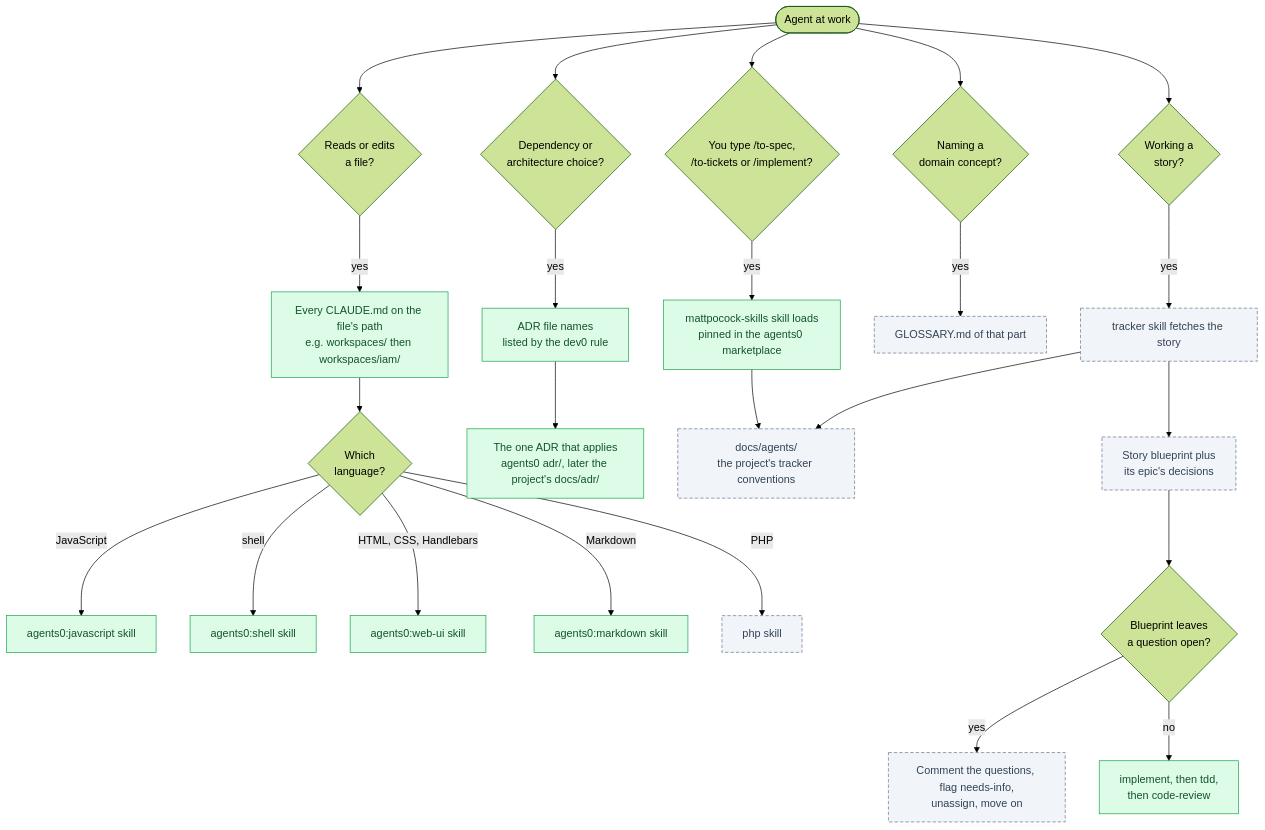
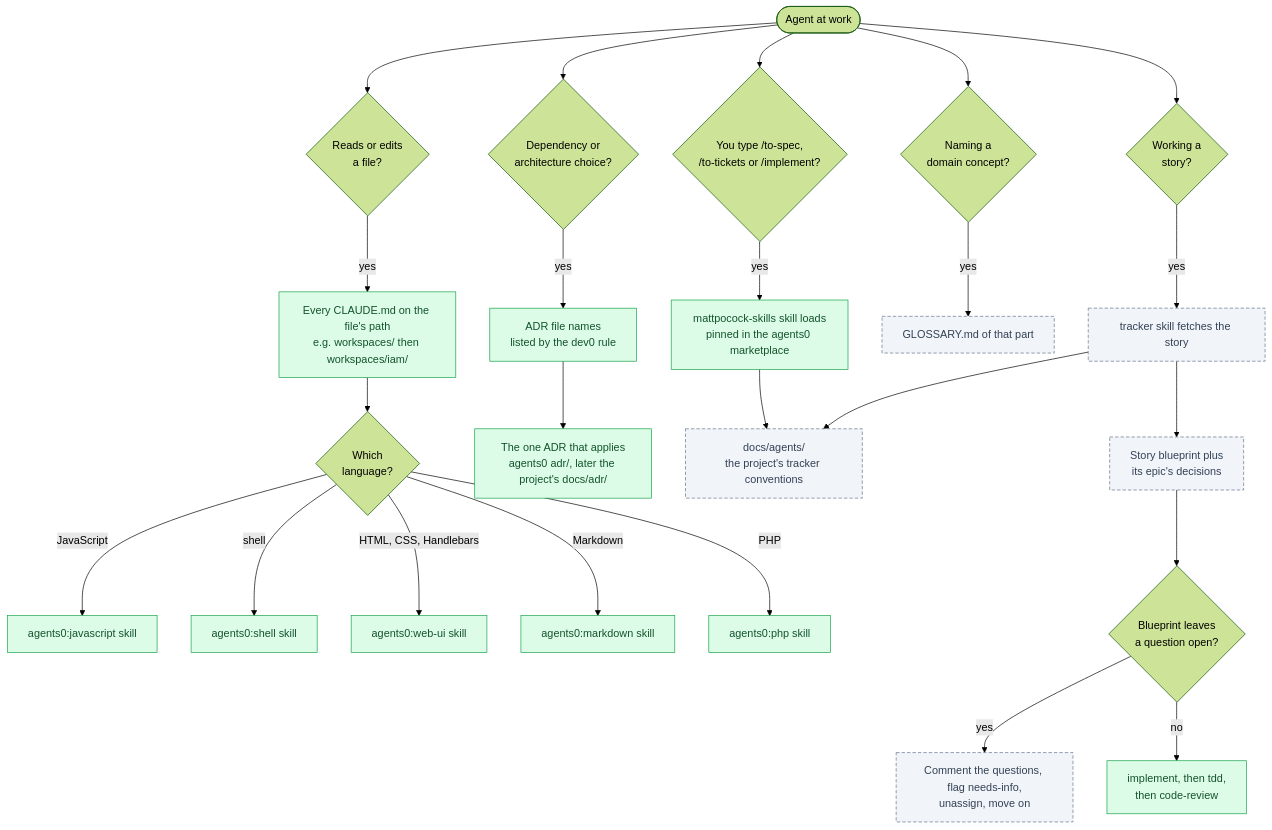
Before and after one commit to tforster/agents0: the second of 3 diagrams in README.md, drawn with Mermaid (forest theme). The commit also changed 2 other files, not shown here.

Commit message:
php skill seeded from SeniorDev (Re: AGEN-13) (#28)
A php skill, seeded from SeniorDev's PHP doctrine: the directory split (strangler code
held to Dev0 and tested, legacy touched surgically), the production syntax ceiling from
composer.json config.platform.php, PSR-12 plus the repo's php-cs-fixer config, PHPUnit in
the container and Playwright characterisation tests for every reroute. No client
identifiers; repo-specific values stay in the repo cascade. SeniorDev itself is left for
AGEN-27.

````diff
--- a/README.md
+++ b/README.md
@@ -76,34 +76,34 @@
 ```mermaid
 flowchart TD
   ready(["Agent at work"]) --> touchFile{"Reads or edits<br/>a file?"}
   ready --> choice{"Dependency or<br/>architecture choice?"}
   ready --> story{"Working a<br/>story?"}
   ready --> term{"Naming a<br/>domain concept?"}
   ready --> slash{"You type /to-spec,<br/>/to-tickets or /implement?"}
 
   touchFile -- yes --> cascade["Every CLAUDE.md on the file's path<br/>e.g. workspaces/ then workspaces/iam/"]:::exists
   cascade --> language{"Which<br/>language?"}
   language -- JavaScript --> jsSkill["agents0:javascript skill"]:::exists
   language -- shell --> shellSkill["agents0:shell skill"]:::exists
   language -- "HTML, CSS, Handlebars" --> webSkill["agents0:web-ui skill"]:::exists
   language -- Markdown --> mdSkill["agents0:markdown skill"]:::exists
-  language -- PHP --> phpSkill["php skill"]:::planned
+  language -- PHP --> phpSkill["agents0:php skill"]:::exists
 
   choice -- yes --> adrIndex["ADR file names<br/>listed by the dev0 rule"]:::exists
   adrIndex --> adr["The one ADR that applies<br/>agents0 adr/, later the project's docs/adr/"]:::exists
 
   story -- yes --> tracker["tracker skill fetches the story"]:::planned
   tracker --> agentDocs["docs/agents/<br/>the project's tracker conventions"]:::planned
   tracker --> blueprint["Story blueprint plus<br/>its epic's decisions"]:::planned
   blueprint --> verify{"Blueprint leaves<br/>a question open?"}
   verify -- yes --> needsInfo["Comment the questions, flag needs-info,<br/>unassign, move on"]:::planned
   verify -- no --> implement["implement, then tdd,<br/>then code-review"]:::exists
 
   term -- yes --> glossary["GLOSSARY.md of that part"]:::planned
 
   slash -- yes --> pocock["mattpocock-skills skill loads<br/>pinned in the agents0 marketplace"]:::exists
   pocock --> agentDocs
 
   classDef exists fill:#dcfce7,stroke:#16a34a,color:#14532d
   classDef planned fill:#f1f5f9,stroke:#64748b,color:#334155,stroke-dasharray:5 3
 ```
````
